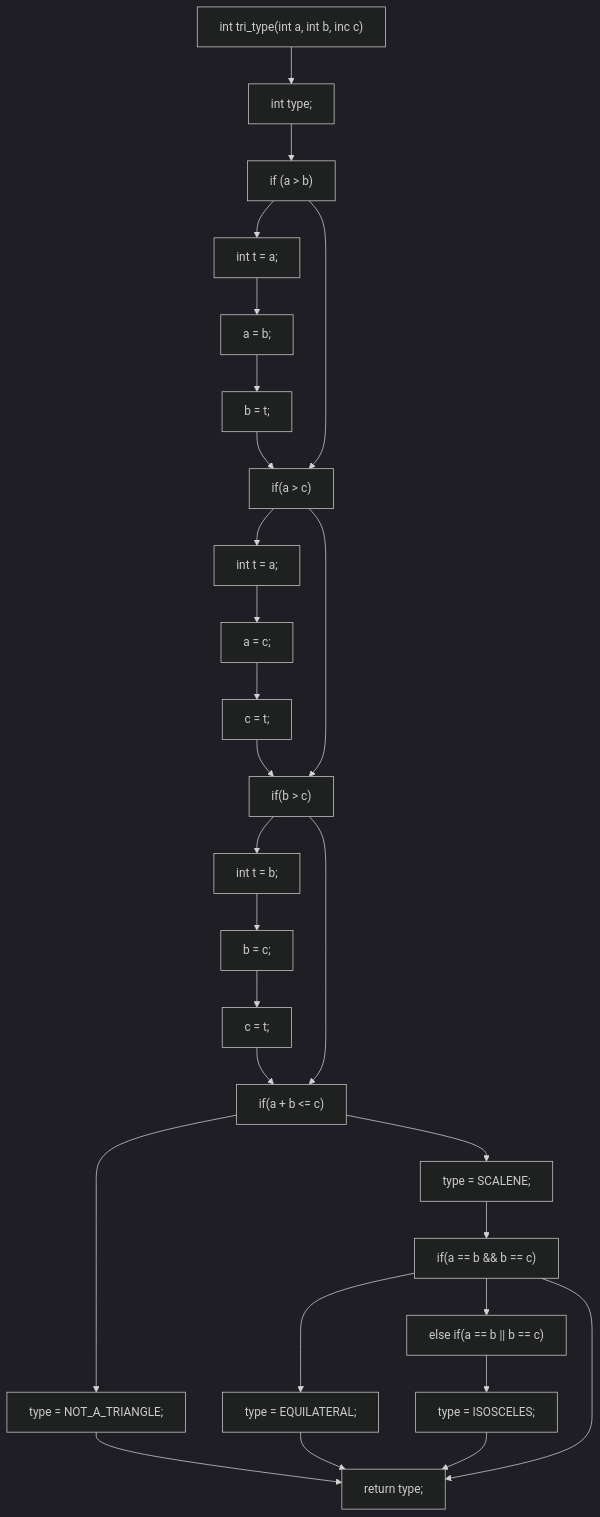
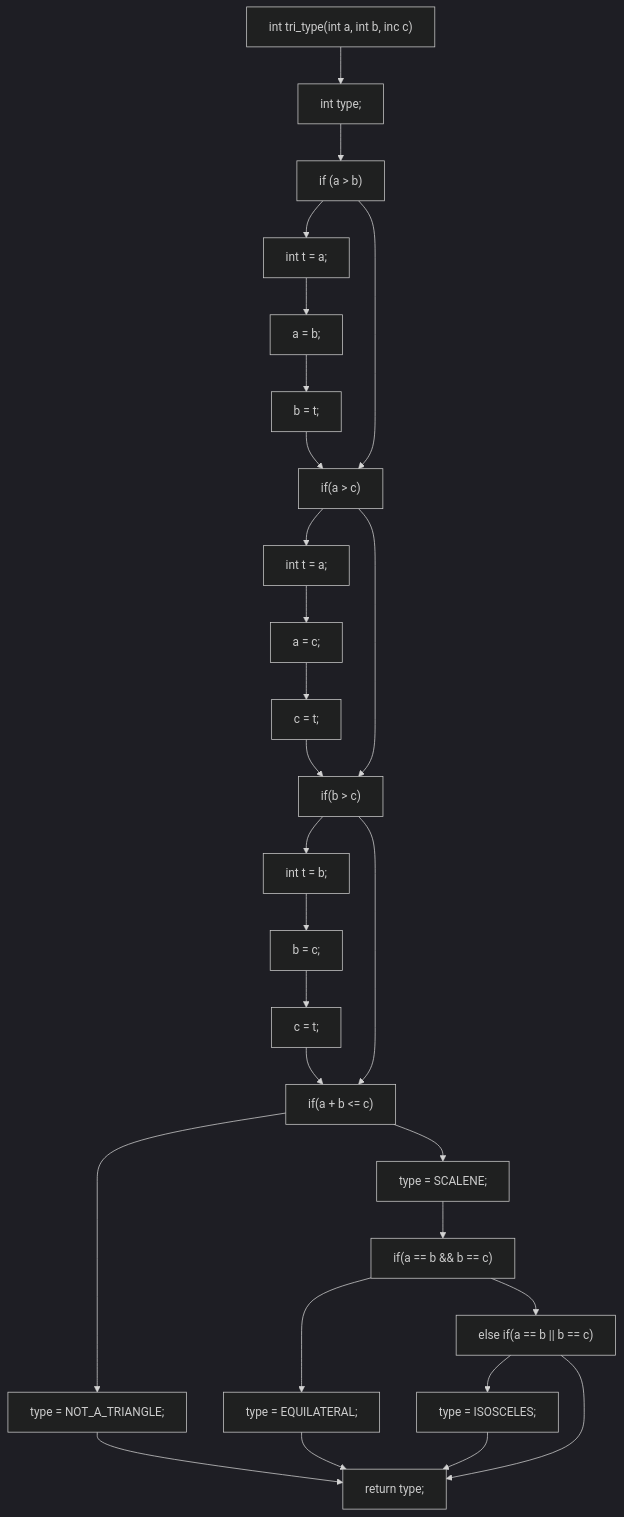
The second of 2 diagrams in README.md (hajer78945/eng5), drawn with Mermaid (dark theme) before and after one commit.

````diff
--- a/README.md
+++ b/README.md
@@ -203,23 +203,22 @@
 ```mermaid
 graph TD;
 id1["int tri_type(int a, int b, inc c)"]
 id2["int type;"]
 id1 --> id2;
 id3["if (a > b)"]
 id2 --> id3;
 id4["if(a > c)"]
 id3 --> id5["int t = a;"] --> id6["a = b;"] --> id7["b = t;"] --> id4
 id3 --> id4;
 id8["if(b > c)"]
 id4 --> id9["int t = a;"] --> id10["a = c;"] --> id11["c = t;"] --> id8
 id4 --> id8;
 id12["if(a + b <= c)"]
 id8 --> id13["int t = b;"] --> id14["b = c;"] --> id15["c = t;"] --> id12
 id8 --> id12;
 id16["return type;"]
 id12 --> id17["type = NOT_A_TRIANGLE;"] --> id16
 id12 --> id18["type = SCALENE;"] --> id19["if(a == b && b == c)"] --> id20["type = EQUILATERAL;"] --> id16
 id19 --> id21["else if(a == b || b == c)"] --> id22["type = ISOSCELES;"] --> id16
-id19 --> id16
-
+id21 --> id16
 ```
````
